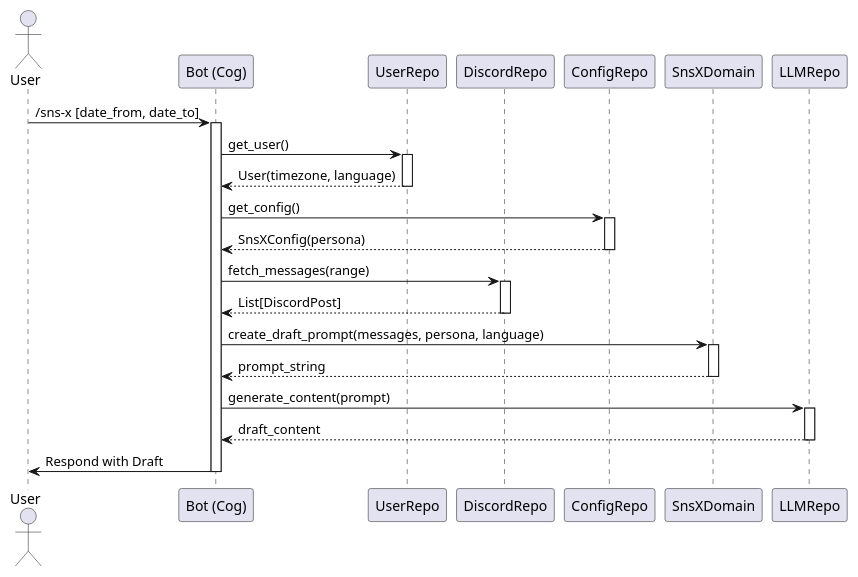
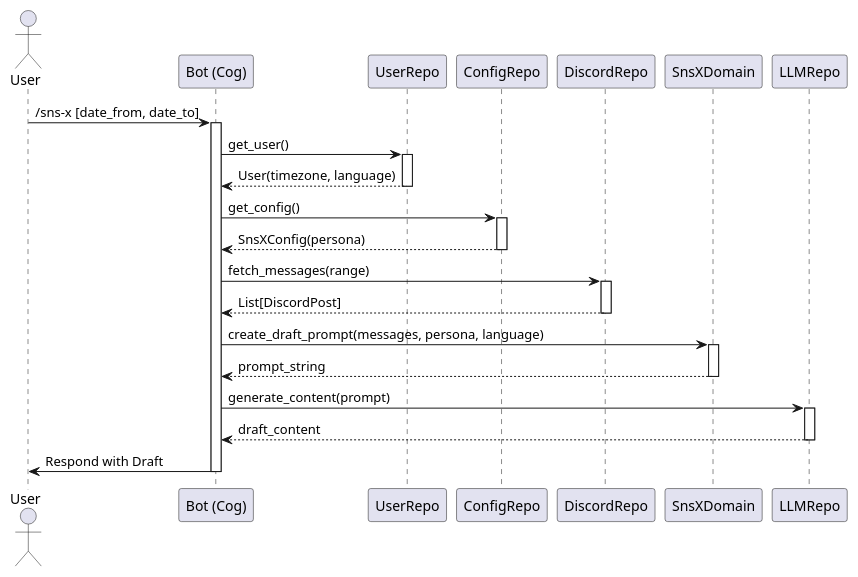
The diagram in developer-docs/modules/ROOT/partials/sns_x/sequence.pu (cloveclovedev/anisecord), drawn with PlantUML before and after one commit. The commit also changed other lines of this file and 1 other file, not shown here.

Commit message:
fix(developer-docs): fix sns-x adoc title and a sequence diagram (#31)

```diff
--- a/developer-docs/modules/ROOT/partials/sns_x/sequence.pu
+++ b/developer-docs/modules/ROOT/partials/sns_x/sequence.pu
@@ -1,40 +1,40 @@
 @startuml
 actor User
 participant "Bot (Cog)" as Cog
 participant "UserRepo" as UserRepo
+participant "ConfigRepo" as ConfigRepo
 participant "DiscordRepo" as DiscordRepo
-participant "ConfigRepo" as ConfigRepo
 participant "SnsXDomain" as Domain
 participant "LLMRepo" as LLMRepo
 
 User -> Cog: /sns-x [date_from, date_to]
 activate Cog
 
 Cog -> UserRepo: get_user()
 activate UserRepo
 UserRepo --> Cog: User(timezone, language)
 deactivate UserRepo
 
 Cog -> ConfigRepo: get_config()
 activate ConfigRepo
 ConfigRepo --> Cog: SnsXConfig(persona)
 deactivate ConfigRepo
 
 Cog -> DiscordRepo: fetch_messages(range)
 activate DiscordRepo
 DiscordRepo --> Cog: List[DiscordPost]
 deactivate DiscordRepo
 
 Cog -> Domain: create_draft_prompt(messages, persona, language)
 activate Domain
 Domain --> Cog: prompt_string
 deactivate Domain
 
 Cog -> LLMRepo: generate_content(prompt)
 activate LLMRepo
 LLMRepo --> Cog: draft_content
 deactivate LLMRepo
 
 Cog -> User: Respond with Draft
 deactivate Cog
 @enduml
```
